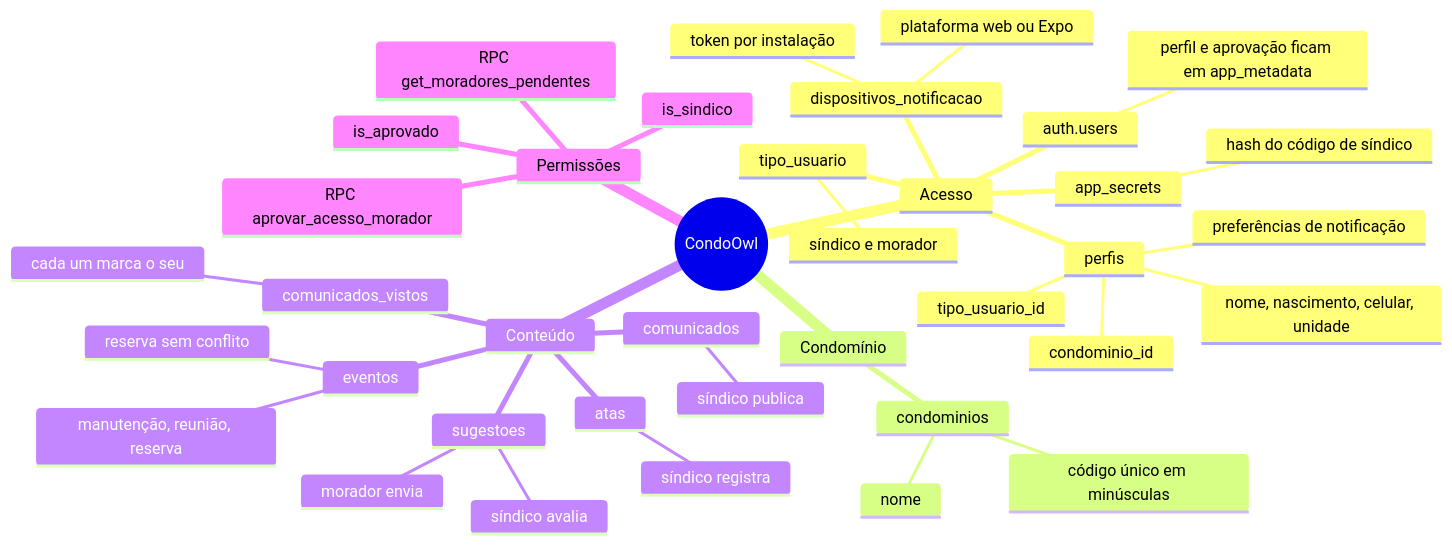
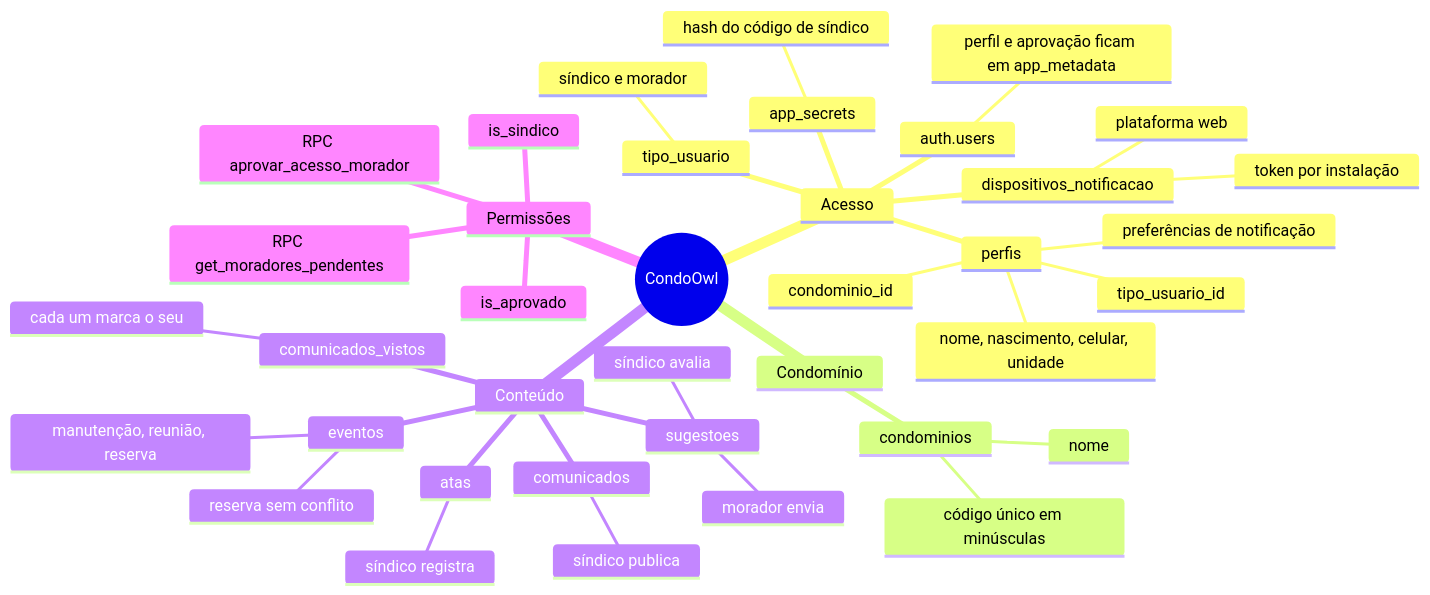
The first of 3 diagrams in supabase/docs/mapa-das-tabelas.md (cond-owl/cond-owl), drawn with Mermaid before and after one commit. The commit also changed other lines of this file and 10 other files, not shown here.

````diff
--- a/supabase/docs/mapa-das-tabelas.md
+++ b/supabase/docs/mapa-das-tabelas.md
@@ -10,41 +10,41 @@
 ```mermaid
 mindmap
   root((CondoOwl))
     Acesso
       auth.users
         perfil e aprovação ficam em app_metadata
       perfis
         nome, nascimento, celular, unidade
         preferências de notificação
         condominio_id
         tipo_usuario_id
       dispositivos_notificacao
         token por instalação
-        plataforma web ou Expo
+        plataforma web
       tipo_usuario
         síndico e morador
       app_secrets
         hash do código de síndico
     Condomínio
       condominios
         nome
         código único em minúsculas
     Conteúdo
       comunicados
         síndico publica
       comunicados_vistos
         cada um marca o seu
       eventos
         manutenção, reunião, reserva
         reserva sem conflito
       atas
         síndico registra
       sugestoes
         morador envia
         síndico avalia
     Permissões
       is_sindico
       is_aprovado
       RPC get_moradores_pendentes
       RPC aprovar_acesso_morador
 ```
````
